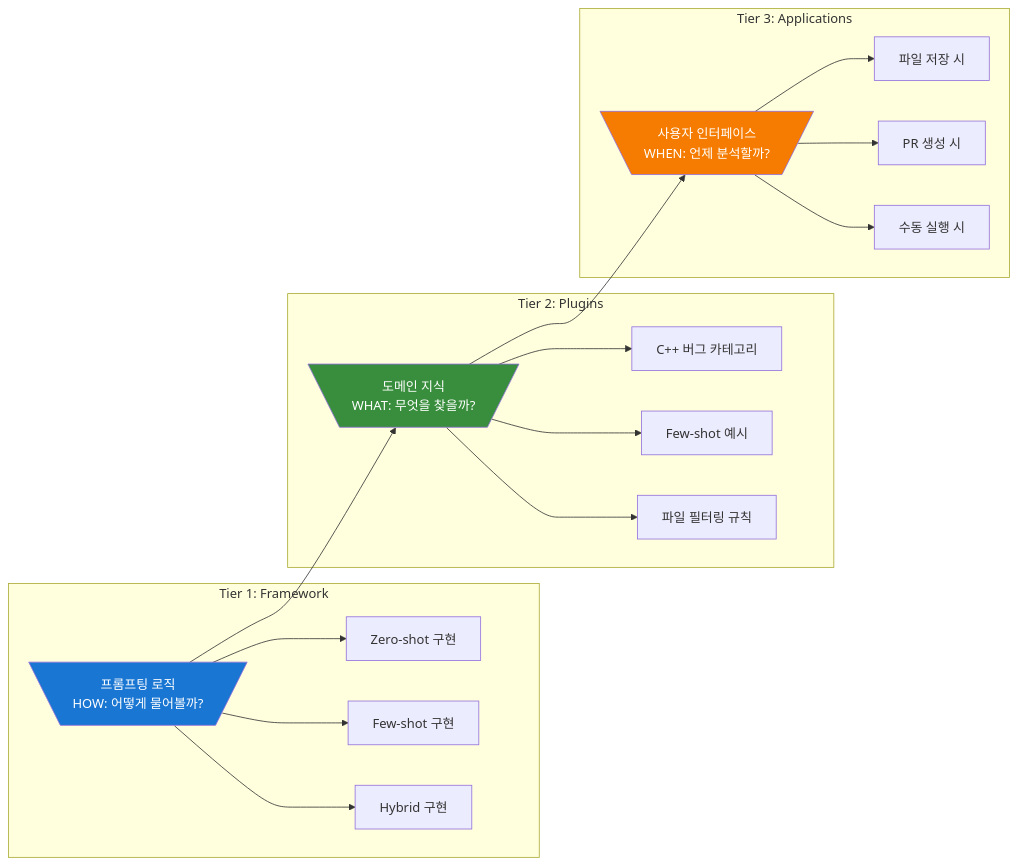
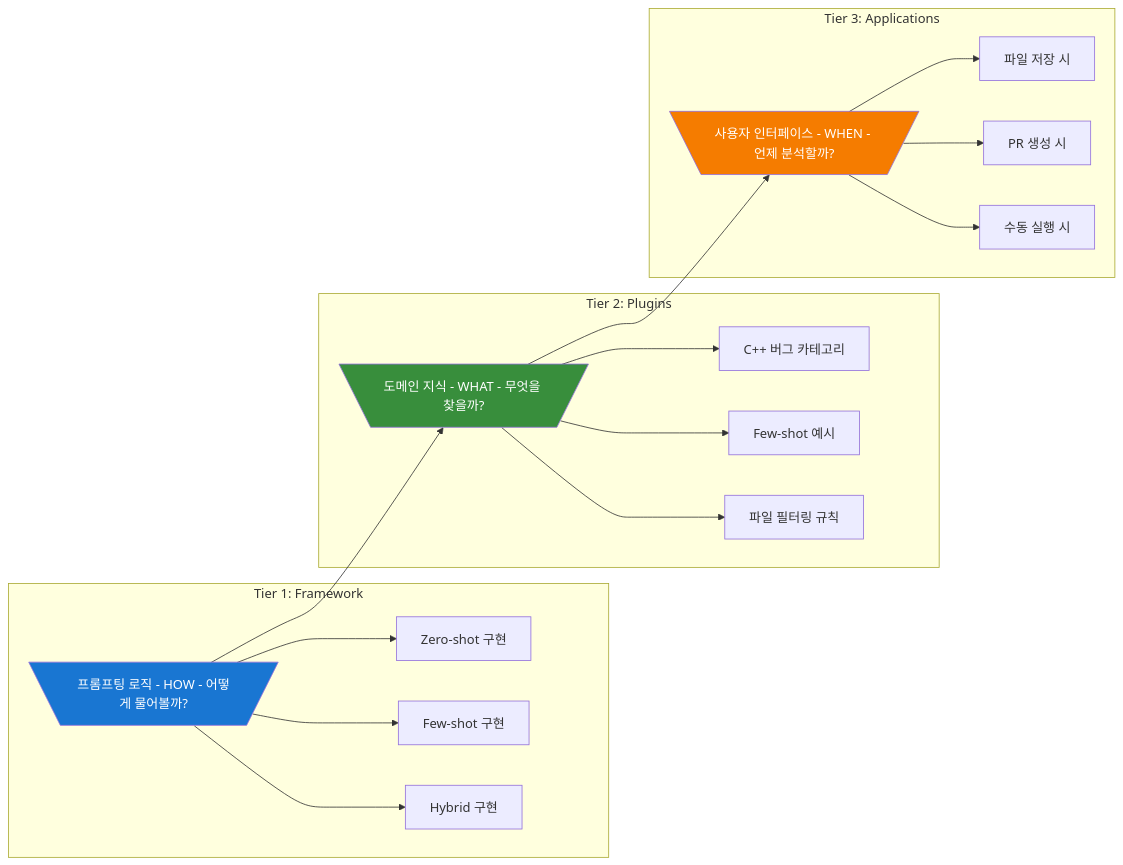
Before and after one commit to ApeachM/llm-code-reviewer: the eighth of 39 diagrams in PRESENTATION.md, drawn with Mermaid. The commit also changed other lines of this file, not shown here.

First line of the commit message:
fix: Replace special characters in Mermaid node labels for compatibility

````diff
--- a/PRESENTATION.md
+++ b/PRESENTATION.md
@@ -315,30 +316,30 @@
 ```mermaid
 graph LR
     subgraph "Tier 1: Framework"
-        T1[\"프롬프팅 로직<br/>HOW: 어떻게 물어볼까?"/]
+        T1[\"프롬프팅 로직 - HOW - 어떻게 물어볼까?"/]
         T1 --> T1_1[Zero-shot 구현]
         T1 --> T1_2[Few-shot 구현]
         T1 --> T1_3[Hybrid 구현]
     end
 
     subgraph "Tier 2: Plugins"
-        T2[\"도메인 지식<br/>WHAT: 무엇을 찾을까?"/]
+        T2[\"도메인 지식 - WHAT - 무엇을 찾을까?"/]
         T2 --> T2_1[C++ 버그 카테고리]
         T2 --> T2_2[Few-shot 예시]
         T2 --> T2_3[파일 필터링 규칙]
     end
 
     subgraph "Tier 3: Applications"
-        T3[\"사용자 인터페이스<br/>WHEN: 언제 분석할까?"/]
+        T3[\"사용자 인터페이스 - WHEN - 언제 분석할까?"/]
         T3 --> T3_1[파일 저장 시]
         T3 --> T3_2[PR 생성 시]
         T3 --> T3_3[수동 실행 시]
     end
 
     T1 --> T2
     T2 --> T3
 
     style T1 fill:#1976d2,color:#fff
     style T2 fill:#388e3c,color:#fff
     style T3 fill:#f57c00,color:#fff
 ```
````
